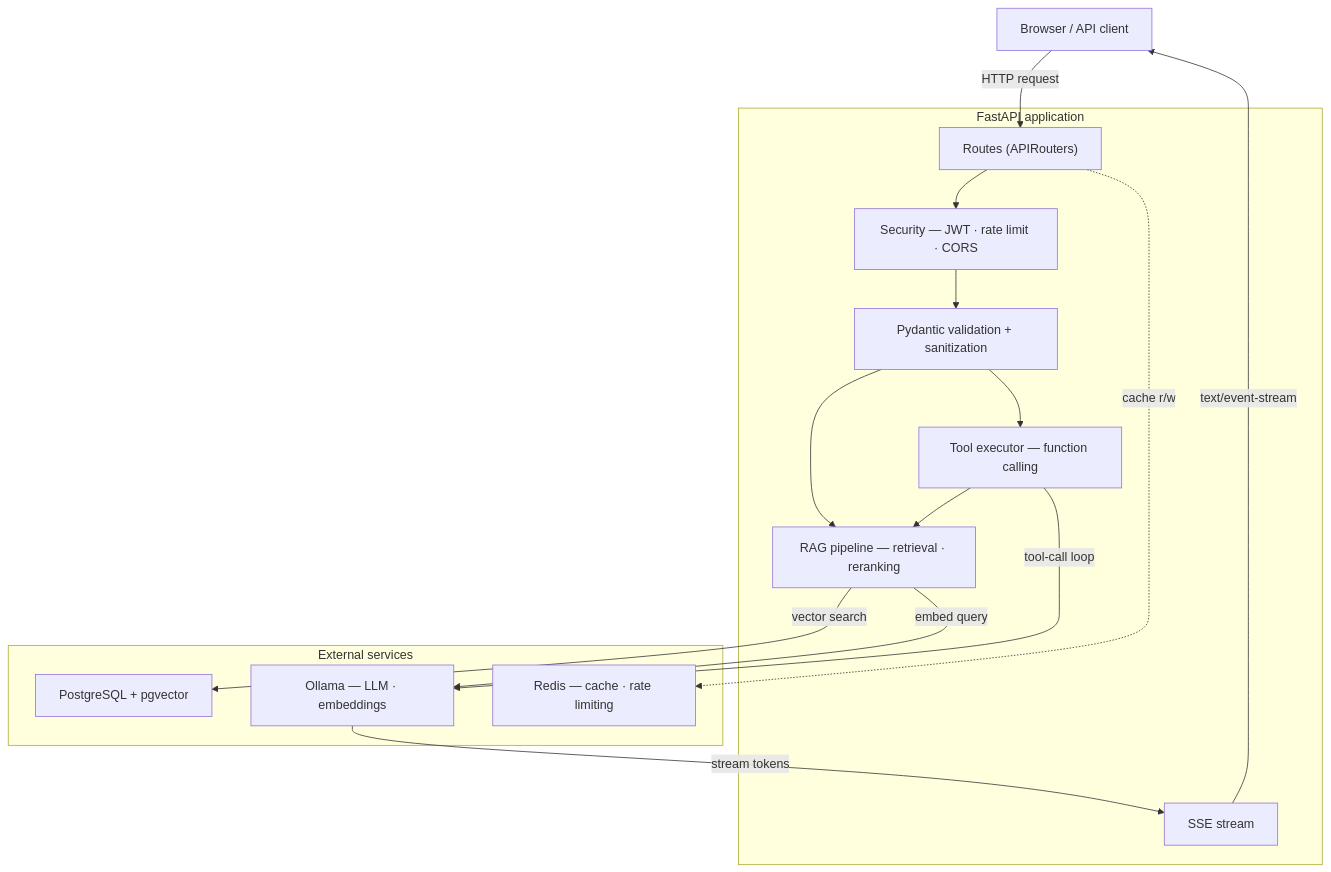
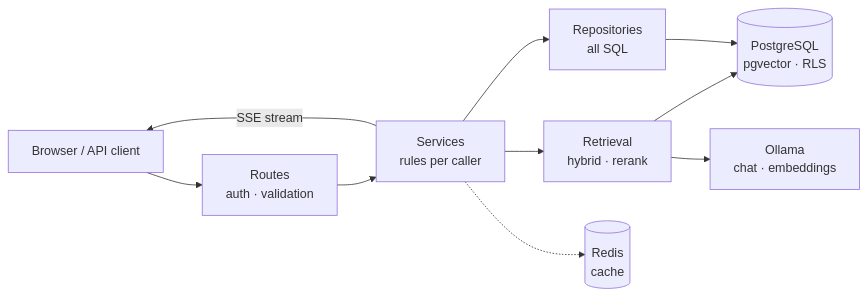
Before and after one commit to jwvanderstam/LocalChat: the diagram in README.md, drawn with Mermaid. The commit also changed other lines of this file and 5 other files, not shown here.

````diff
--- a/README.md
+++ b/README.md
@@ -191,32 +139,12 @@
 ```mermaid
-flowchart TD
-    Browser["Browser / API client"]
-
-    subgraph FastAPI["FastAPI application"]
-        Routes["Routes (APIRouters)"]
-        Auth["Security — JWT · rate limit · CORS"]
-        Pydantic["Pydantic validation + sanitization"]
-        RAG["RAG pipeline — retrieval · reranking"]
-        Tools["Tool executor — function calling"]
-        SSE["SSE stream"]
-    end
-
-    subgraph Services["External services"]
-        PG["PostgreSQL + pgvector"]
-        Ollama["Ollama — LLM · embeddings"]
-        Redis["Redis — cache · rate limiting"]
-    end
-
-    Browser -->|HTTP request| Routes
-    Routes --> Auth
-    Auth --> Pydantic
-    Pydantic --> RAG
-    RAG -->|vector search| PG
-    RAG -->|embed query| Ollama
-    Pydantic --> Tools
-    Tools -->|tool-call loop| Ollama
-    Tools --> RAG
-    Ollama -->|stream tokens| SSE
-    SSE -->|text/event-stream| Browser
-    Routes -.->|cache r/w| Redis
+flowchart LR
+    Client["Browser / API client"] --> Routes["Routes<br/>auth · validation"]
+    Routes --> Services["Services<br/>rules per caller"]
+    Services --> RAG["Retrieval<br/>hybrid · rerank"]
+    Services --> Repos["Repositories<br/>all SQL"]
+    RAG --> PG[("PostgreSQL<br/>pgvector · RLS")]
+    Repos --> PG
+    RAG --> Ollama["Ollama<br/>chat · embeddings"]
+    Services -->|SSE stream| Client
+    Services -.-> Redis[("Redis<br/>cache")]
 ```
````
